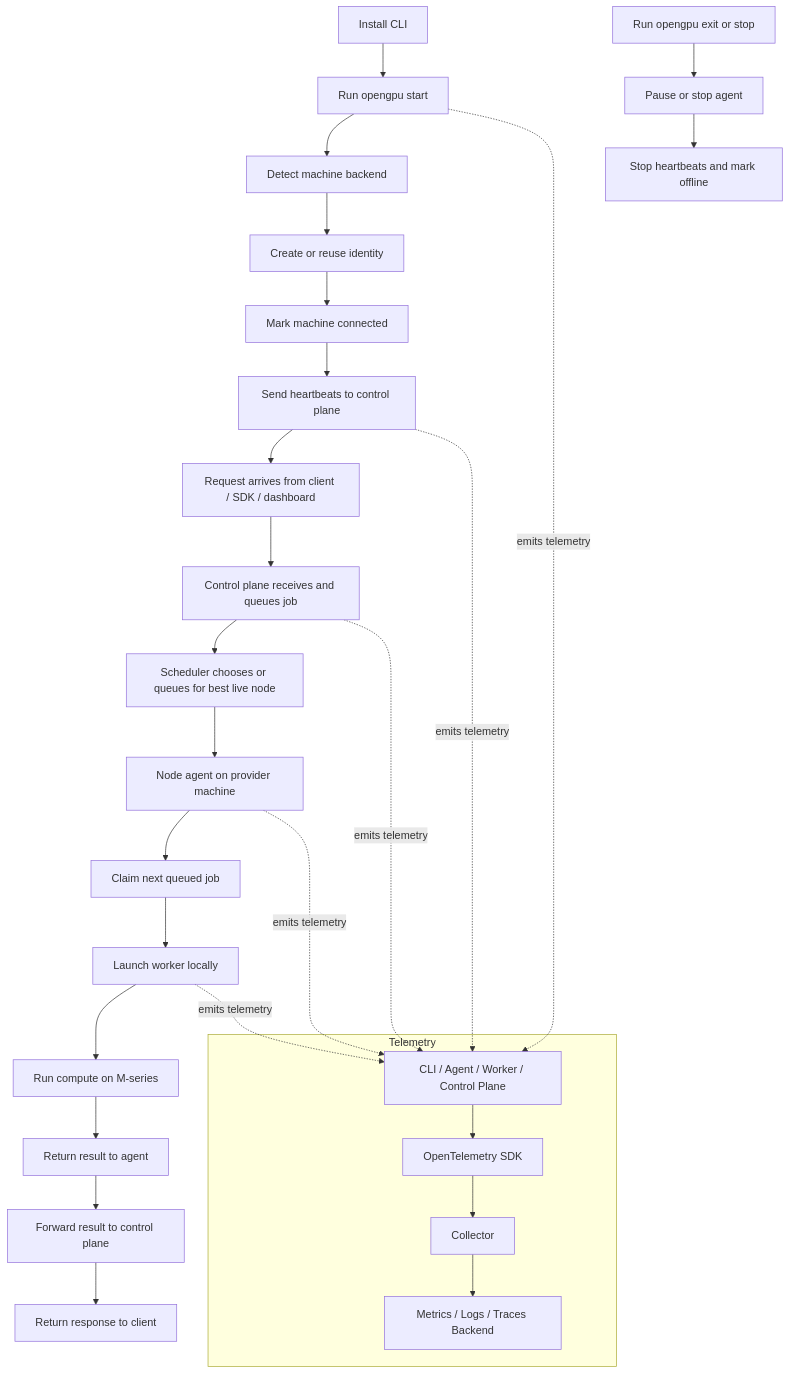
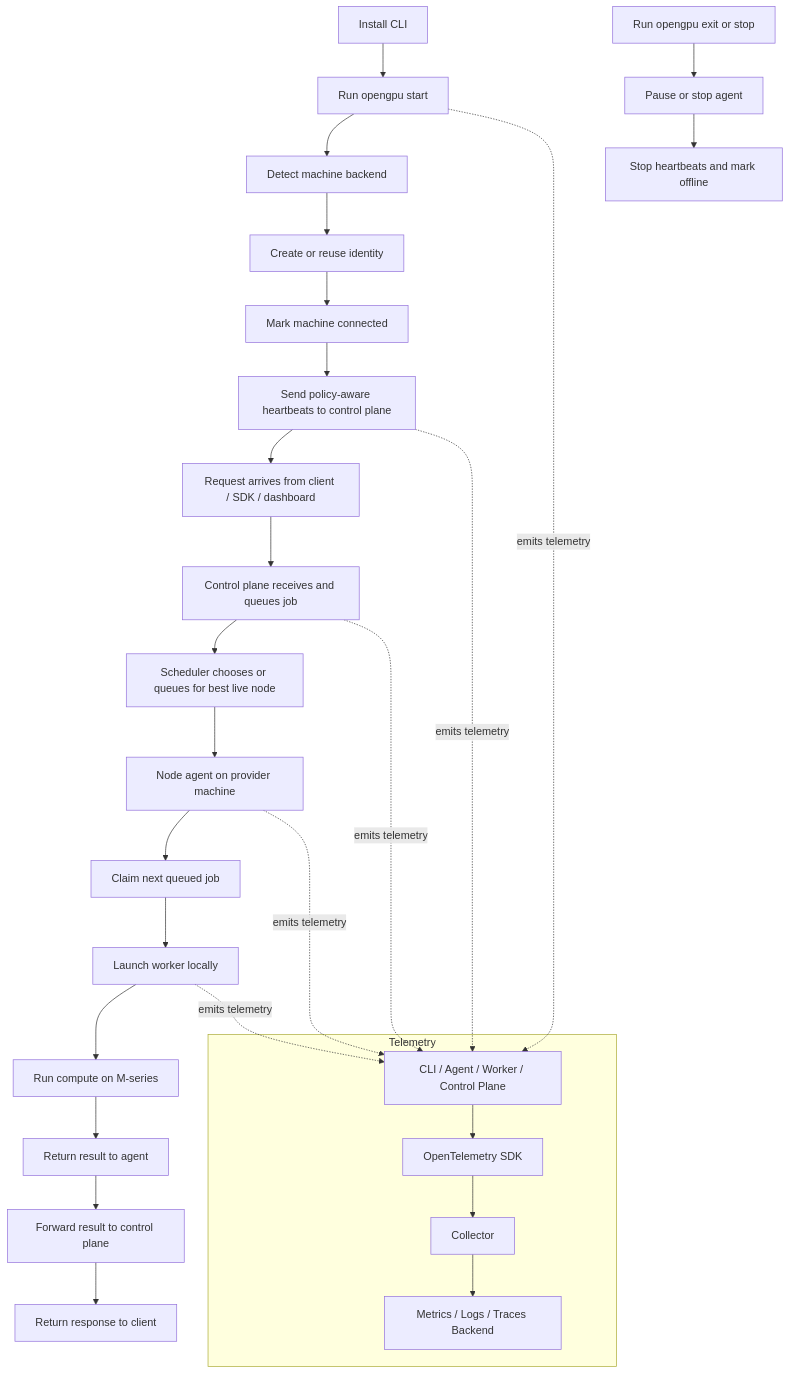
Before and after one commit to novusmundus2025/mundusx: the diagram in docs/system-flow.md, drawn with Mermaid. The commit also changed other lines of this file and 3 other files, not shown here.

Commit message:
Propagate Mac policy to control plane heartbeats

````diff
--- a/docs/system-flow.md
+++ b/docs/system-flow.md
@@ -5,36 +5,36 @@
 ```mermaid
 flowchart TD
     I[Install CLI] --> S[Run opengpu start]
     S --> D[Detect machine backend]
     D --> C[Create or reuse identity]
     C --> M[Mark machine connected]
-    M --> H[Send heartbeats to control plane]
+    M --> H[Send policy-aware heartbeats to control plane]
 
     H --> Q[Request arrives from client / SDK / dashboard]
     Q --> CP[Control plane receives and queues job]
     CP --> SCH[Scheduler chooses or queues for best live node]
     SCH --> A[Node agent on provider machine]
     A --> J[Claim next queued job]
     J --> W[Launch worker locally]
     W --> X[Run compute on M-series]
     X --> R[Return result to agent]
     R --> CP2[Forward result to control plane]
     CP2 --> O[Return response to client]
 
     subgraph Telemetry
         T[CLI / Agent / Worker / Control Plane]
         OT[OpenTelemetry SDK]
         COL[Collector]
         BK[Metrics / Logs / Traces Backend]
         T --> OT --> COL --> BK
     end
 
     S -. emits telemetry .-> T
     H -. emits telemetry .-> T
     CP -. emits telemetry .-> T
     A -. emits telemetry .-> T
     W -. emits telemetry .-> T
 
     Z[Run opengpu exit or stop] --> U[Pause or stop agent]
     U --> F[Stop heartbeats and mark offline]
 ```
````
